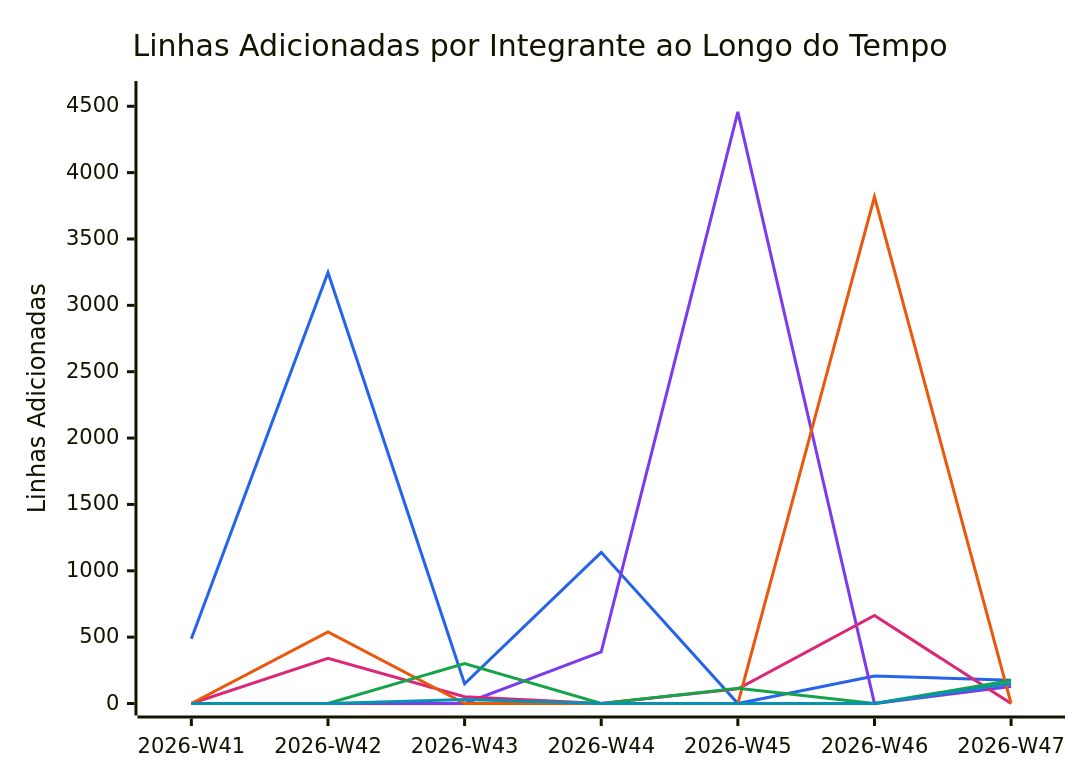
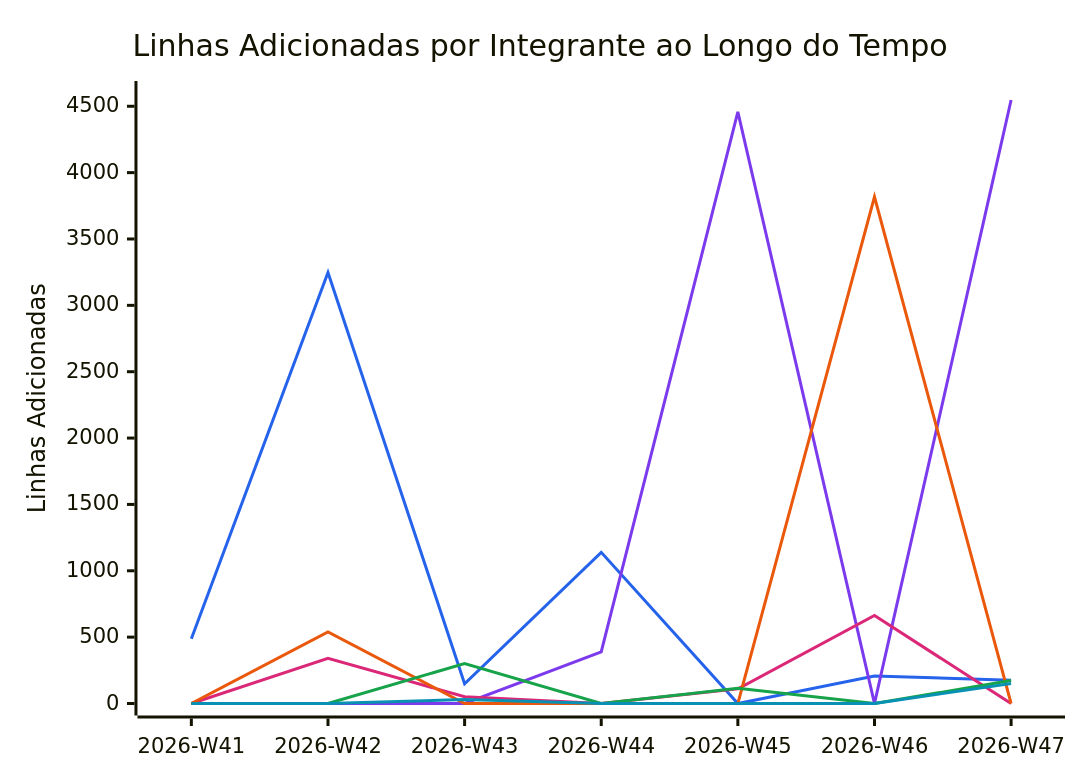
One commit to FCTE-Qualidade-de-Software-1/2026-2_T01_FRANS_BILAS changed the diagram in documentation/snippets/management/code-additions.mmd. Above: the diagram before and after it, drawn with Mermaid. The commit also changed 6 other files, not shown here.

```diff
--- a/documentation/snippets/management/code-additions.mmd
+++ b/documentation/snippets/management/code-additions.mmd
@@ -1,11 +1,11 @@
 %%{init: {"themeVariables": {"xyChart": {"plotColorPalette": "#2563eb, #7c3aed, #db2777, #ea580c, #16a34a, #0891b2"}}}}%%
 xychart-beta
     title "Linhas Adicionadas por Integrante ao Longo do Tempo"
     x-axis ["2026-W41", "2026-W42", "2026-W43", "2026-W44", "2026-W45", "2026-W46", "2026-W47"]
     y-axis "Linhas Adicionadas" 0 --> 4600
     line [488, 3248, 149, 1139, 0, 207, 176]
-    line [0, 0, 0, 389, 4458, 0, 128]
+    line [0, 0, 0, 389, 4458, 0, 4547]
     line [0, 340, 51, 0, 110, 663, 0]
     line [0, 540, 0, 0, 0, 3818, 0]
     line [0, 0, 301, 0, 115, 0, 173]
     line [0, 0, 30, 0, 0, 0, 150]
```
